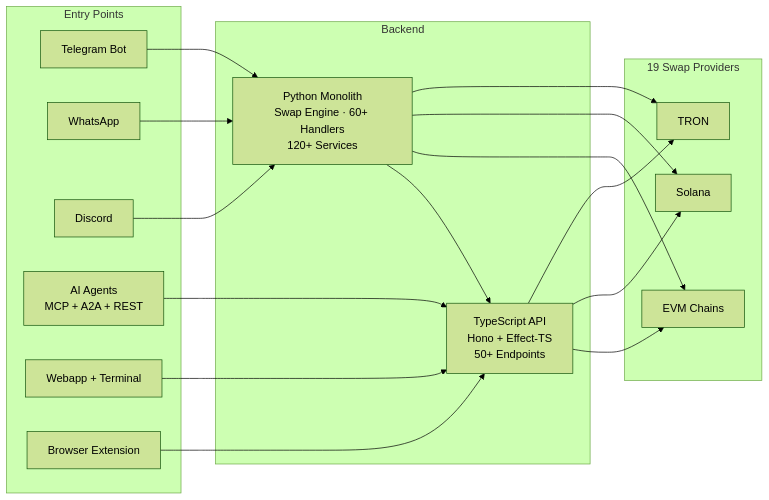
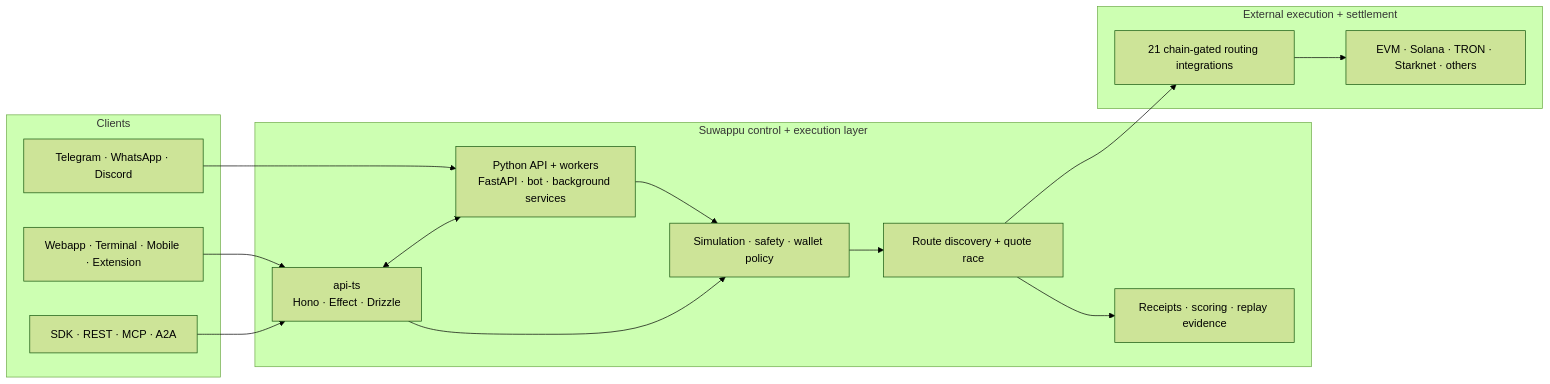
One commit to 0xSoftBoi/suwappubot changed the diagram in README.md. Above: the diagram before and after it, drawn with Mermaid (forest theme). The commit also changed other lines of this file, not shown here.

````diff
--- a/README.md
+++ b/README.md
@@ -99,28 +192,30 @@
 ```mermaid
 flowchart LR
-    subgraph Clients["Entry Points"]
-        TG["Telegram Bot"]
-        WA["WhatsApp"]
-        DC["Discord"]
-        AI["AI Agents\nMCP + A2A + REST"]
-        Web["Webapp + Terminal"]
-        Ext["Browser Extension"]
+    subgraph Clients["Clients"]
+        Chat["Telegram · WhatsApp · Discord"]
+        Web["Webapp · Terminal · Mobile · Extension"]
+        Agents["SDK · REST · MCP · A2A"]
     end
 
-    subgraph Backend["Backend"]
-        Bot["Python Monolith\nSwap Engine · 60+ Handlers\n120+ Services"]
-        API["TypeScript API\nHono + Effect-TS\n50+ Endpoints"]
+    subgraph Control["Suwappu control + execution layer"]
+        TS["api-ts\nHono · Effect · Drizzle"]
+        PY["Python API + workers\nFastAPI · bot · background services"]
+        Policy["Simulation · safety · wallet policy"]
+        Router["Route discovery + quote race"]
+        Intel["Receipts · scoring · replay evidence"]
     end
 
-    subgraph Providers["19 Swap Providers"]
-        EVM["EVM Chains"]
-        SOL["Solana"]
-        TRON["TRON"]
+    subgraph External["External execution + settlement"]
+        Venues["21 chain-gated routing integrations"]
+        Chains["EVM · Solana · TRON · Starknet · others"]
     end
 
-    TG & WA & DC --> Bot
-    AI & Web & Ext --> API
-    Bot --> API
-    API --> EVM & SOL & TRON
-    Bot --> EVM & SOL & TRON
+    Chat --> PY
+    Web --> TS
+    Agents --> TS
+    TS <--> PY
+    TS --> Policy --> Router
+    PY --> Policy
+    Router --> Venues --> Chains
+    Router --> Intel
 ```
````
